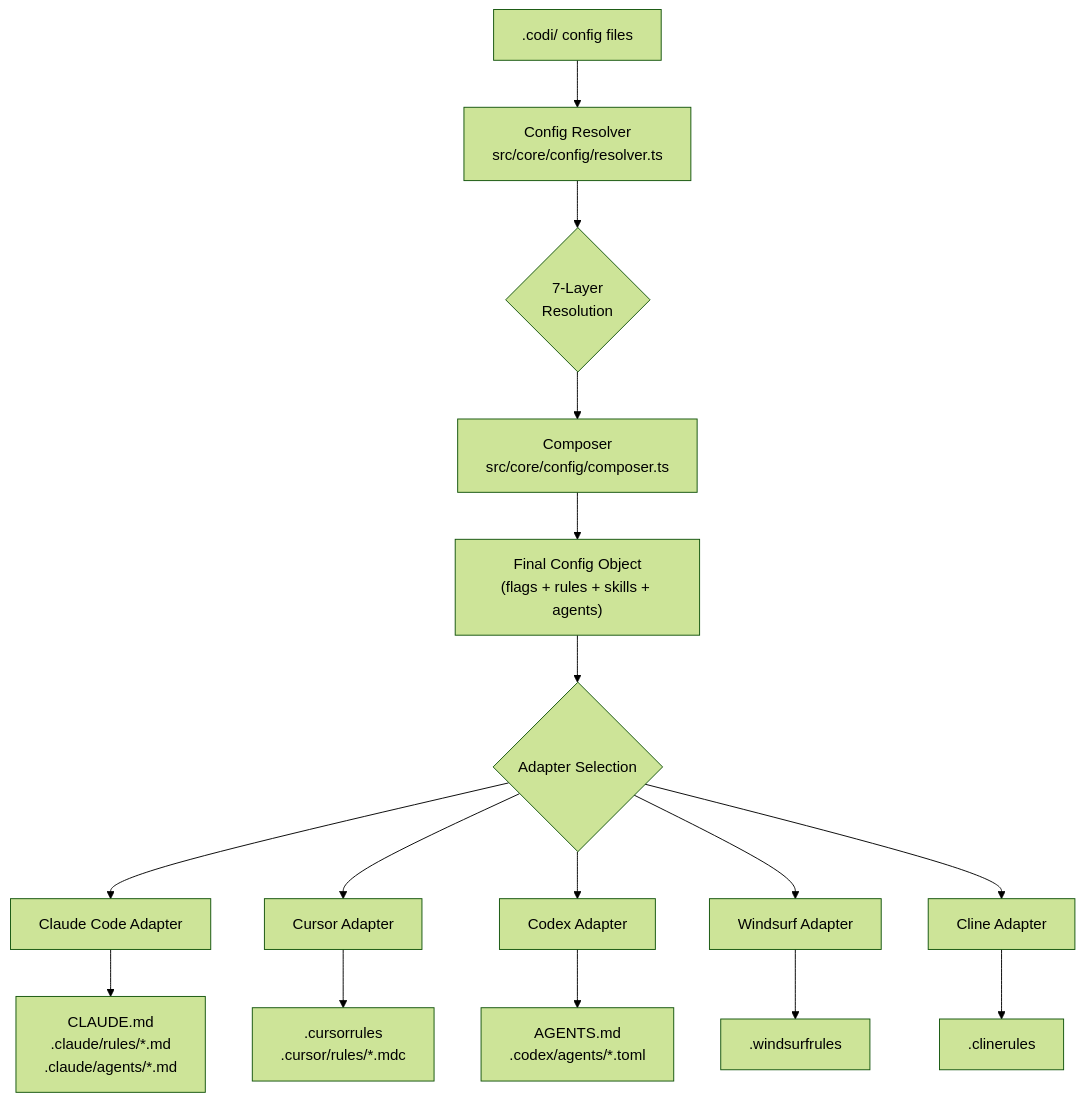
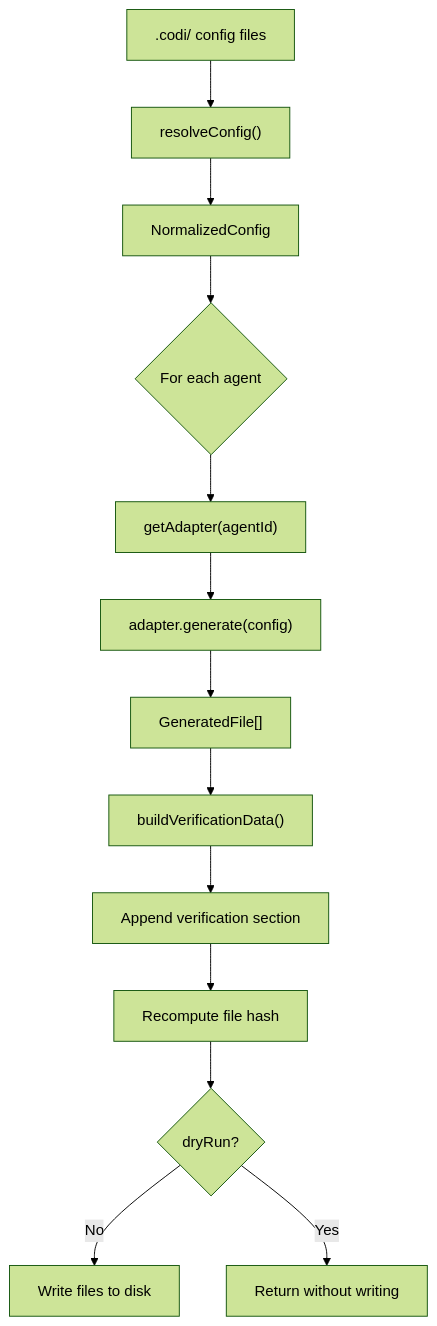
One commit to lehidalgo/codi changed the third of 4 diagrams in docs/architecture.md. Above: the diagram before and after it, drawn with Mermaid (forest theme). The commit also changed other lines of this file and 150 other files, not shown here.

````diff
--- a/docs/architecture.md
+++ b/docs/architecture.md
@@ -93,18 +75,15 @@
 ```mermaid
 flowchart TD
-    A[".codi/ config files"] --> B["Config Resolver<br>src/core/config/resolver.ts"]
-    B --> C{"7-Layer<br>Resolution"}
-    C --> D["Composer<br>src/core/config/composer.ts"]
-    D --> E["Final Config Object<br>(flags + rules + skills + agents)"]
-    E --> F{"Adapter Selection"}
-    F --> G["Claude Code Adapter"]
-    F --> H["Cursor Adapter"]
-    F --> I["Codex Adapter"]
-    F --> J["Windsurf Adapter"]
-    F --> K["Cline Adapter"]
-    G --> L["CLAUDE.md<br>.claude/rules/*.md<br>.claude/agents/*.md"]
-    H --> M[".cursorrules<br>.cursor/rules/*.mdc"]
-    I --> N["AGENTS.md<br>.codex/agents/*.toml"]
-    J --> O[".windsurfrules"]
-    K --> P[".clinerules"]
+    A[".codi/ config files"] --> B["resolveConfig()"]
+    B --> C["NormalizedConfig"]
+    C --> D{"For each agent"}
+    D --> E["getAdapter(agentId)"]
+    E --> F["adapter.generate(config)"]
+    F --> G["GeneratedFile[]"]
+    G --> H["buildVerificationData()"]
+    H --> I["Append verification section"]
+    I --> J["Recompute file hash"]
+    J --> K{"dryRun?"}
+    K -->|No| L["Write files to disk"]
+    K -->|Yes| M["Return without writing"]
 ```
````
